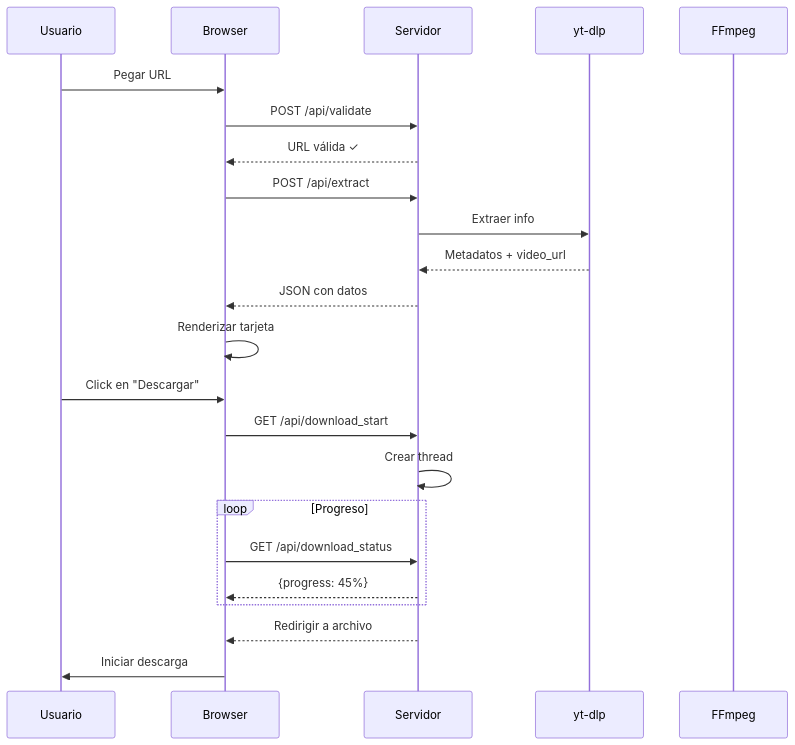
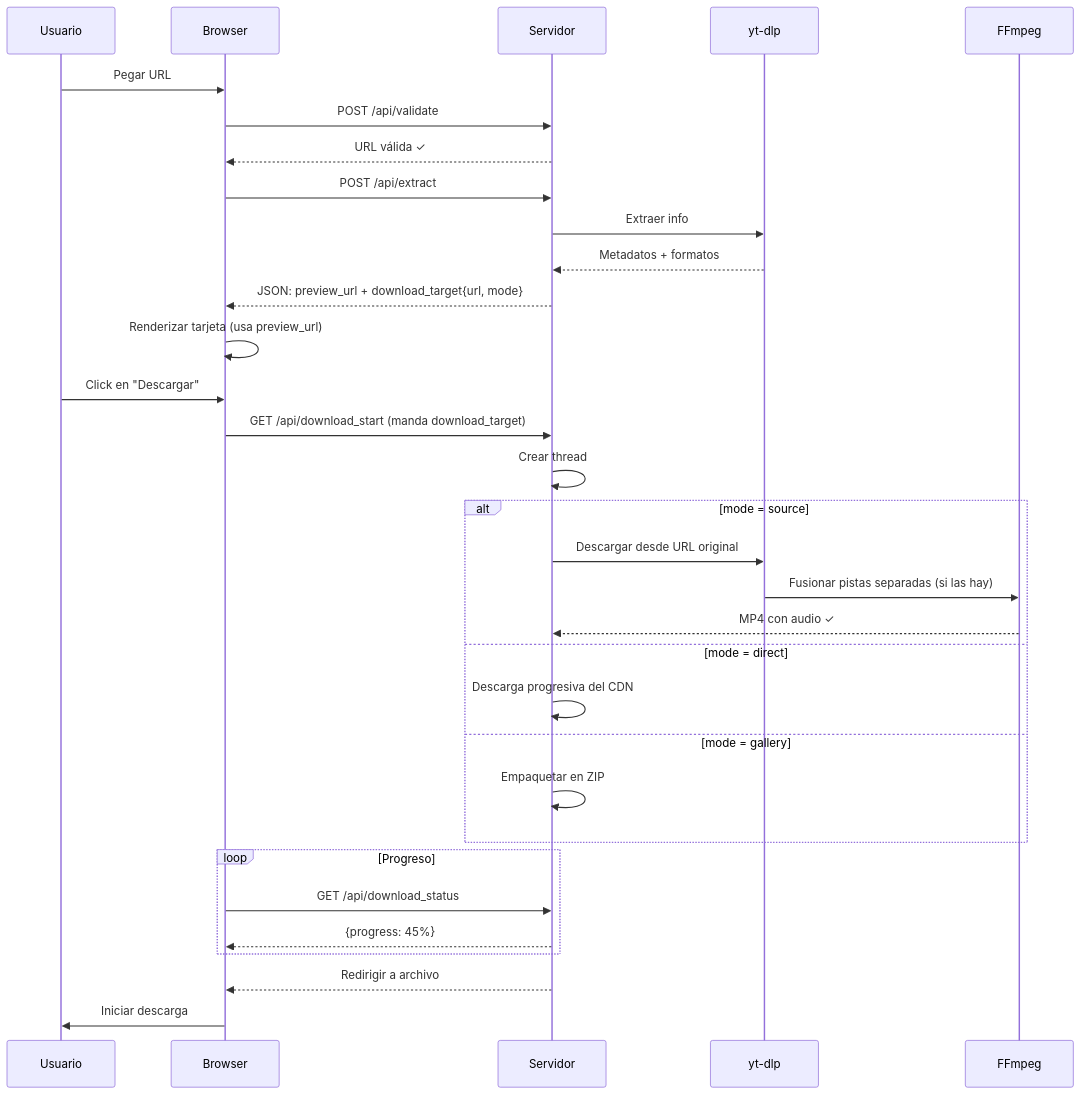
One commit to corbaz/video-redes changed the second of 2 diagrams in README.md. Above: the diagram before and after it, drawn with Mermaid. The commit also changed other lines of this file and 2 other files, not shown here.

First line of the commit message:
docs: document preview_url/download_target contract and version scheme

````diff
--- a/README.md
+++ b/README.md
@@ -178,26 +180,35 @@
 ```mermaid
 sequenceDiagram
     participant U as Usuario
     participant B as Browser
     participant S as Servidor
     participant Y as yt-dlp
     participant F as FFmpeg
 
     U->>B: Pegar URL
     B->>S: POST /api/validate
     S-->>B: URL válida ✓
     B->>S: POST /api/extract
     S->>Y: Extraer info
-    Y-->>S: Metadatos + video_url
-    S-->>B: JSON con datos
-    B->>B: Renderizar tarjeta
+    Y-->>S: Metadatos + formatos
+    S-->>B: JSON: preview_url + download_target{url, mode}
+    B->>B: Renderizar tarjeta (usa preview_url)
     U->>B: Click en "Descargar"
-    B->>S: GET /api/download_start
+    B->>S: GET /api/download_start (manda download_target)
     S->>S: Crear thread
+    alt mode = source
+        S->>Y: Descargar desde URL original
+        Y->>F: Fusionar pistas separadas (si las hay)
+        F-->>S: MP4 con audio ✓
+    else mode = direct
+        S->>S: Descarga progresiva del CDN
+    else mode = gallery
+        S->>S: Empaquetar en ZIP
+    end
     loop Progreso
         B->>S: GET /api/download_status
         S-->>B: {progress: 45%}
     end
     S-->>B: Redirigir a archivo
     B->>U: Iniciar descarga
 ```
````
